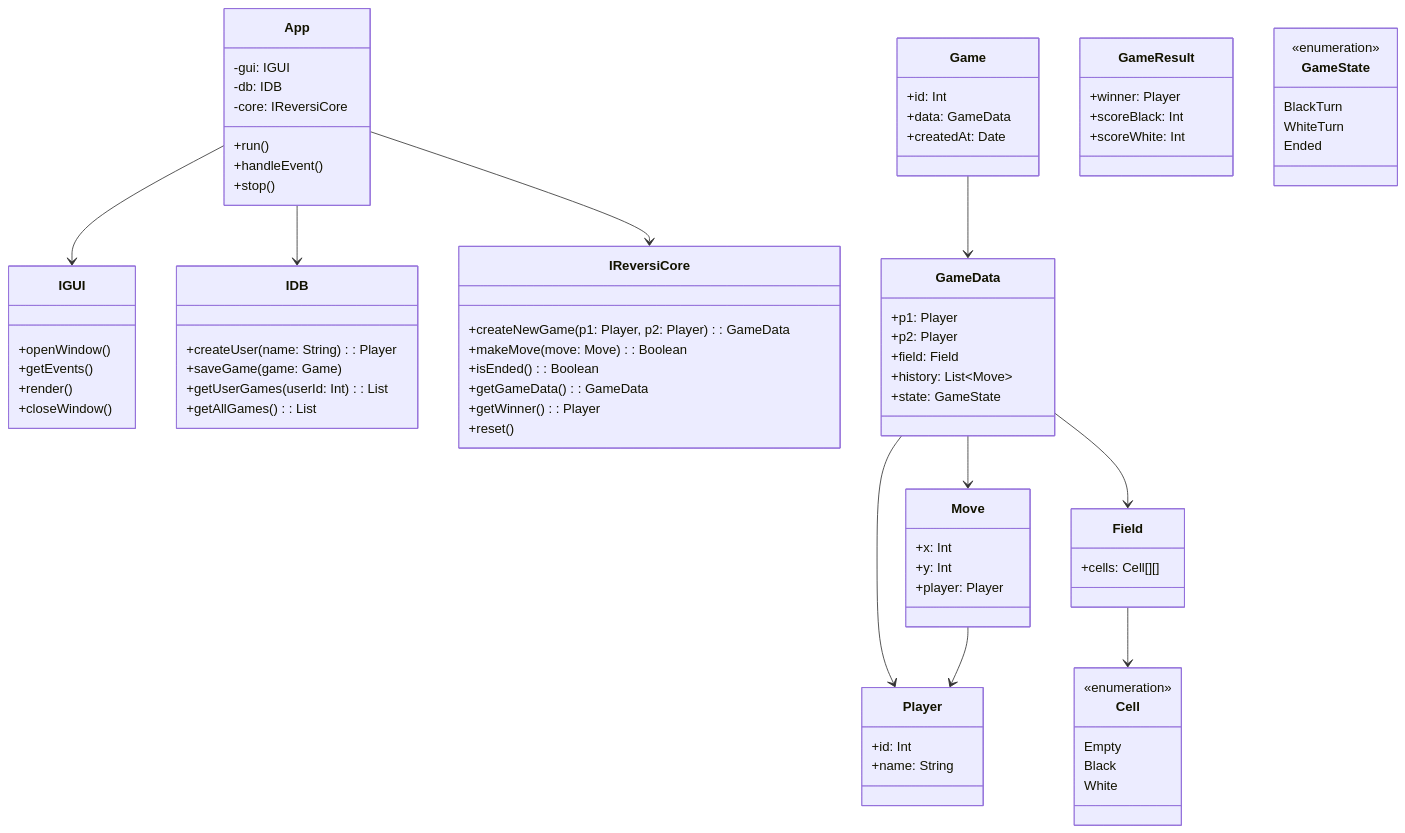
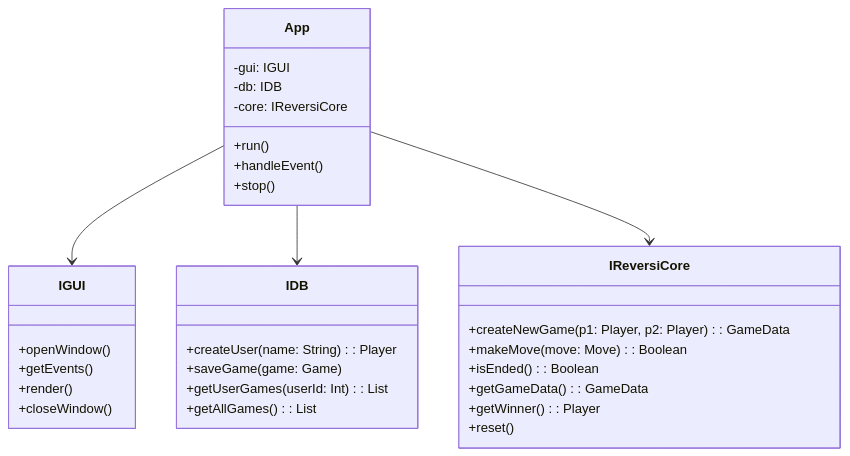
Before and after one commit to GidRadium/reversi-game-core: the first of 2 diagrams in ARCHITECTURE.md, drawn with Mermaid. The commit also changed 2 other files, not shown here.

Commit message:
Update ARCHITECTURE.png, add ARCHITECTURE_DATA.png

````diff
--- a/ARCHITECTURE.md
+++ b/ARCHITECTURE.md
@@ -114,63 +115,4 @@
 App --> IGUI
 App --> IDB
 App --> IReversiCore
-
-
-class Player {
-    +id: Int
-    +name: String
-}
-
-class Move {
-    +x: Int
-    +y: Int
-    +player: Player
-}
-
-class Field {
-    +cells: Cell[][]
-}
-
-class GameData {
-    +p1: Player
-    +p2: Player
-    +field: Field
-    +history: List~Move~
-    +state: GameState
-}
-
-class Game {
-    +id: Int
-    +data: GameData
-    +createdAt: Date
-}
-
-class GameResult {
-    +winner: Player
-    +scoreBlack: Int
-    +scoreWhite: Int
-}
-
-
-class Cell {
-    <<enumeration>>
-    Empty
-    Black
-    White
-}
-
-class GameState {
-    <<enumeration>>
-    BlackTurn
-    WhiteTurn
-    Ended
-}
-
-
-GameData --> Player
-GameData --> Field
-GameData --> Move
-Game --> GameData
-Field --> Cell
-Move --> Player
 ```
````
